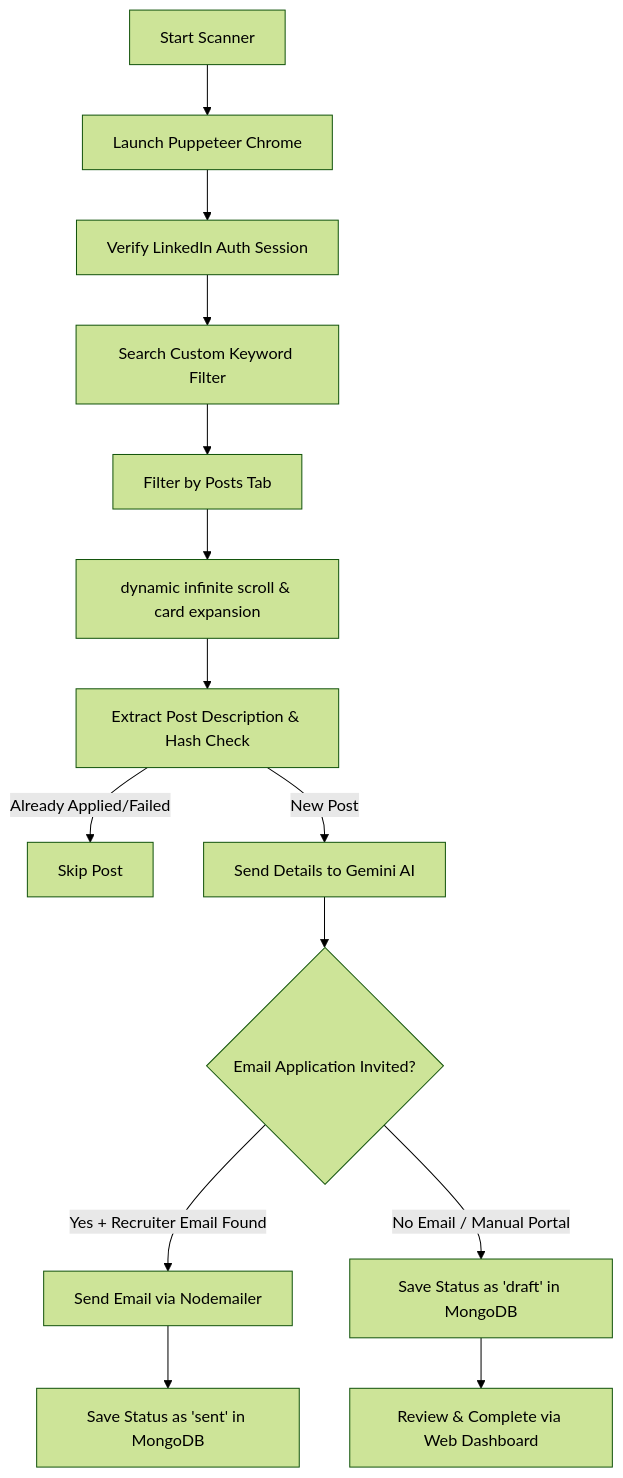
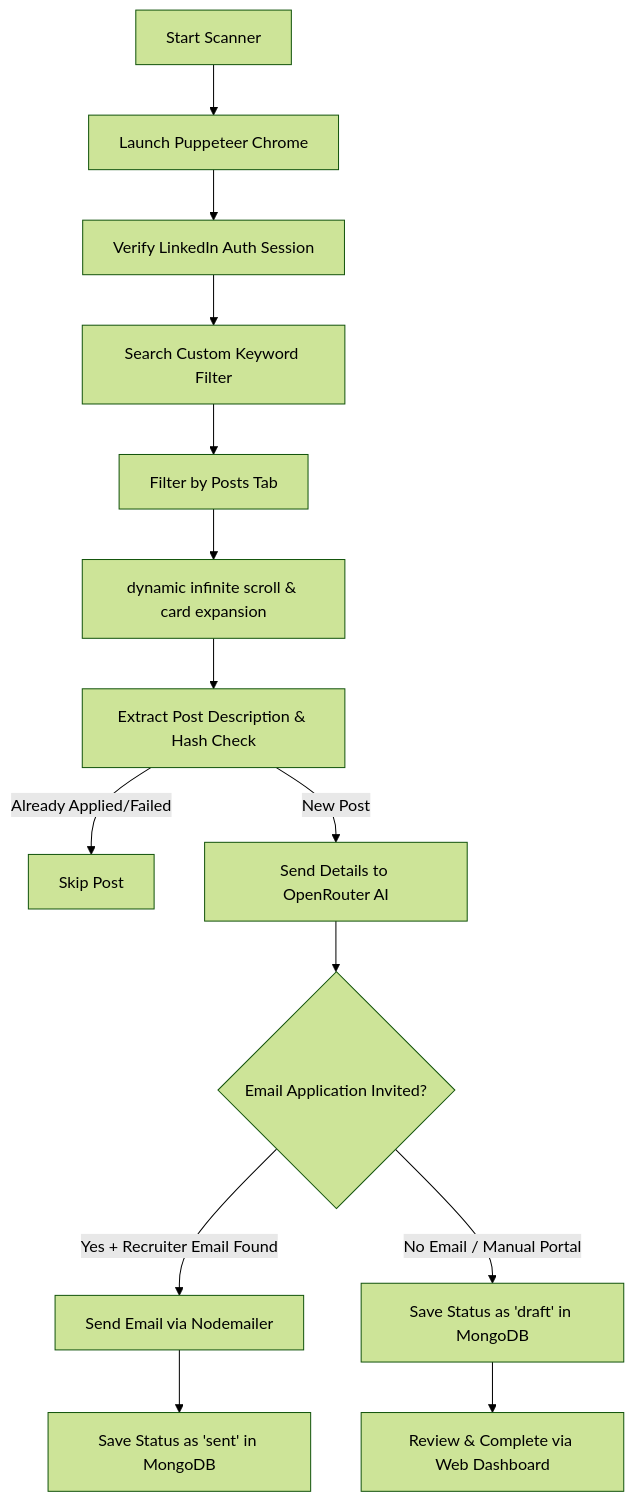
The diagram in README.md (AbdulhadiYaseen/LinkedIn-apply-automation), drawn with Mermaid (forest theme) before and after one commit. The commit also changed other lines of this file and 11 other files, not shown here.

Commit message:
Open router free API integrated and removed gemini

````diff
--- a/README.md
+++ b/README.md
@@ -74,16 +74,16 @@
 ```mermaid
 graph TD
     A[Start Scanner] --> B[Launch Puppeteer Chrome]
     B --> C[Verify LinkedIn Auth Session]
     C --> D[Search Custom Keyword Filter]
     D --> E[Filter by Posts Tab]
     E --> F[dynamic infinite scroll & card expansion]
     F --> G[Extract Post Description & Hash Check]
     G -->|Already Applied/Failed| H[Skip Post]
-    G -->|New Post| I[Send Details to Gemini AI]
+    G -->|New Post| I[Send Details to OpenRouter AI]
     I --> J{Email Application Invited?}
     J -->|Yes + Recruiter Email Found| K[Send Email via Nodemailer]
     K --> L[Save Status as 'sent' in MongoDB]
     J -->|No Email / Manual Portal| M[Save Status as 'draft' in MongoDB]
     M --> N[Review & Complete via Web Dashboard]
 ```
````
